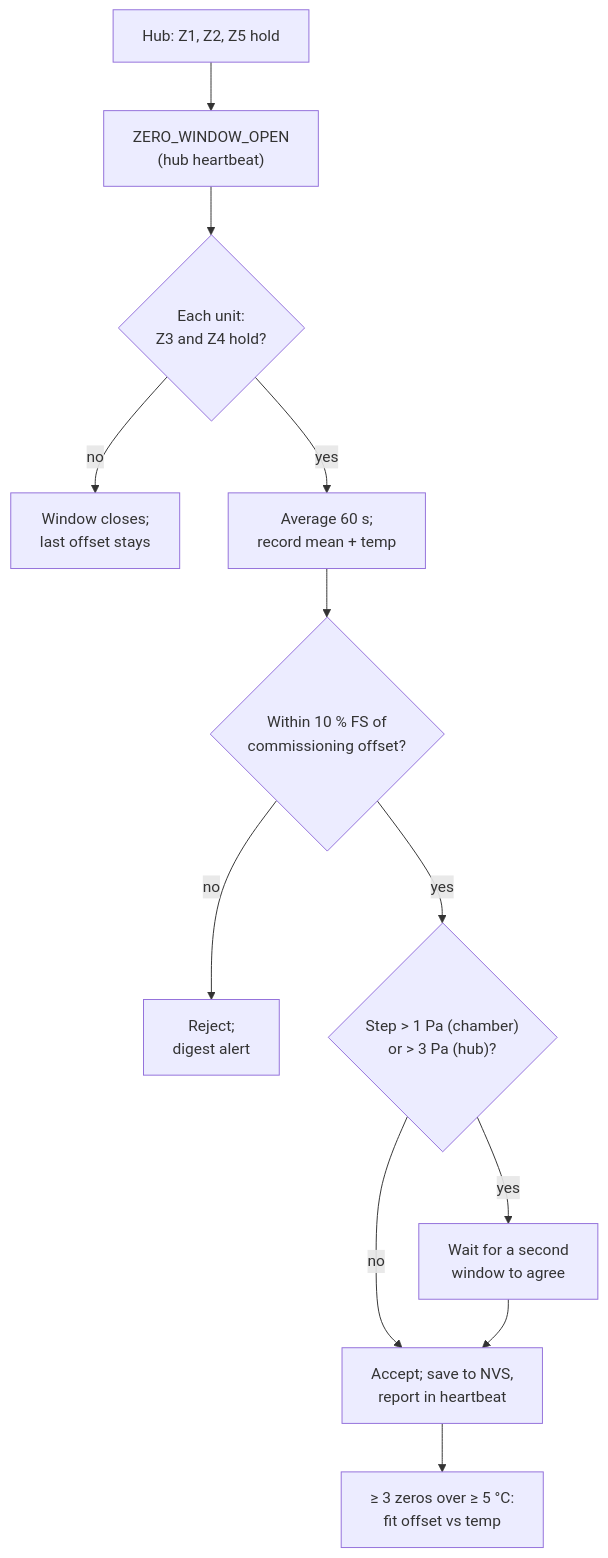
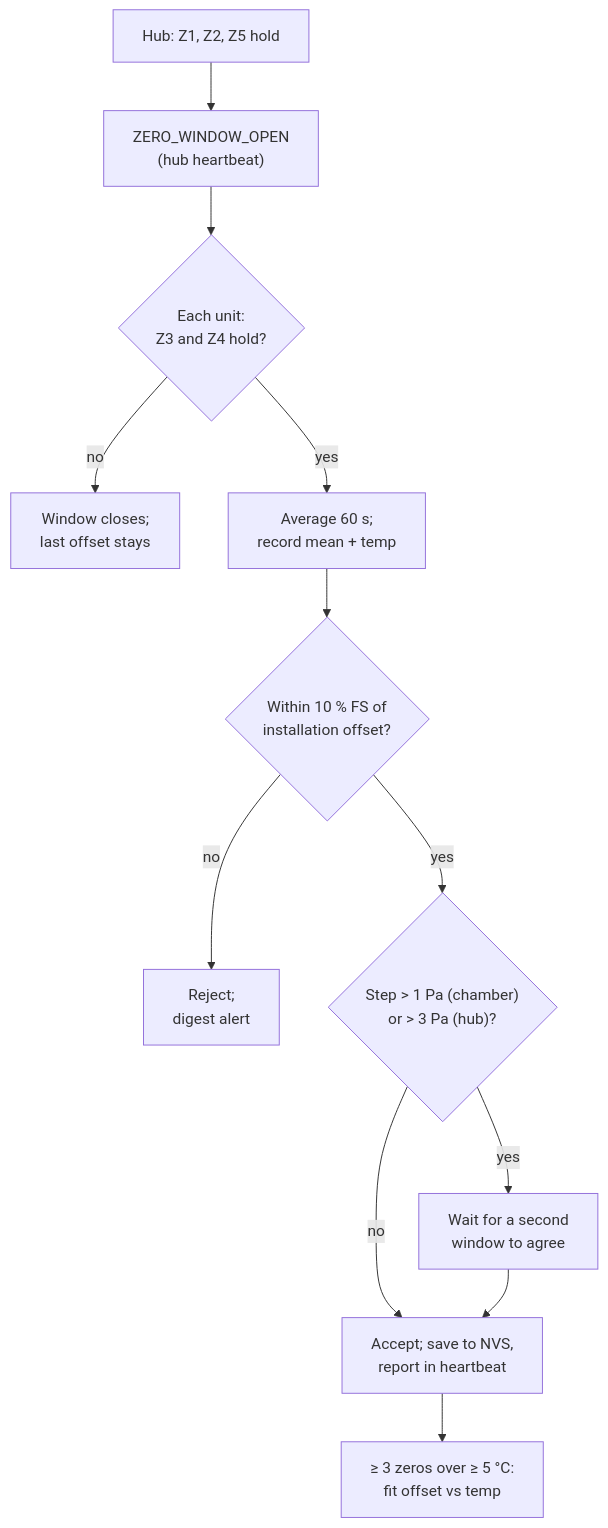
The sixth of 8 diagrams in docs/06_pneumatics_and_ducting.md (BashfulBits/3dp-fleet-exhaust), drawn with Mermaid before and after one commit. The commit also changed other lines of this file and 57 other files, not shown here.

First line of the commit message:
D104/D105: split commissioning into validation, qualification, installation; fan packs

````diff
--- a/docs/06_pneumatics_and_ducting.md
+++ b/docs/06_pneumatics_and_ducting.md
@@ -186,14 +186,14 @@
 ```mermaid
 flowchart TD
   H["Hub: Z1, Z2, Z5 hold"] --> W["ZERO_WINDOW_OPEN<br>(hub heartbeat)"]
   W --> U{"Each unit:<br>Z3 and Z4 hold?"}
   U -->|"no"| X["Window closes;<br>last offset stays"]
   U -->|"yes"| S["Average 60 s;<br>record mean + temp"]
-  S --> P{"Within 10 % FS of<br>commissioning offset?"}
+  S --> P{"Within 10 % FS of<br>installation offset?"}
   P -->|"no"| R["Reject;<br>digest alert"]
   P -->|"yes"| ST{"Step > 1 Pa (chamber)<br>or > 3 Pa (hub)?"}
   ST -->|"yes"| SEC["Wait for a second<br>window to agree"]
   ST -->|"no"| AC["Accept; save to NVS,<br>report in heartbeat"]
   SEC --> AC
   AC --> TC["≥ 3 zeros over ≥ 5 °C:<br>fit offset vs temp"]
 ```
````
